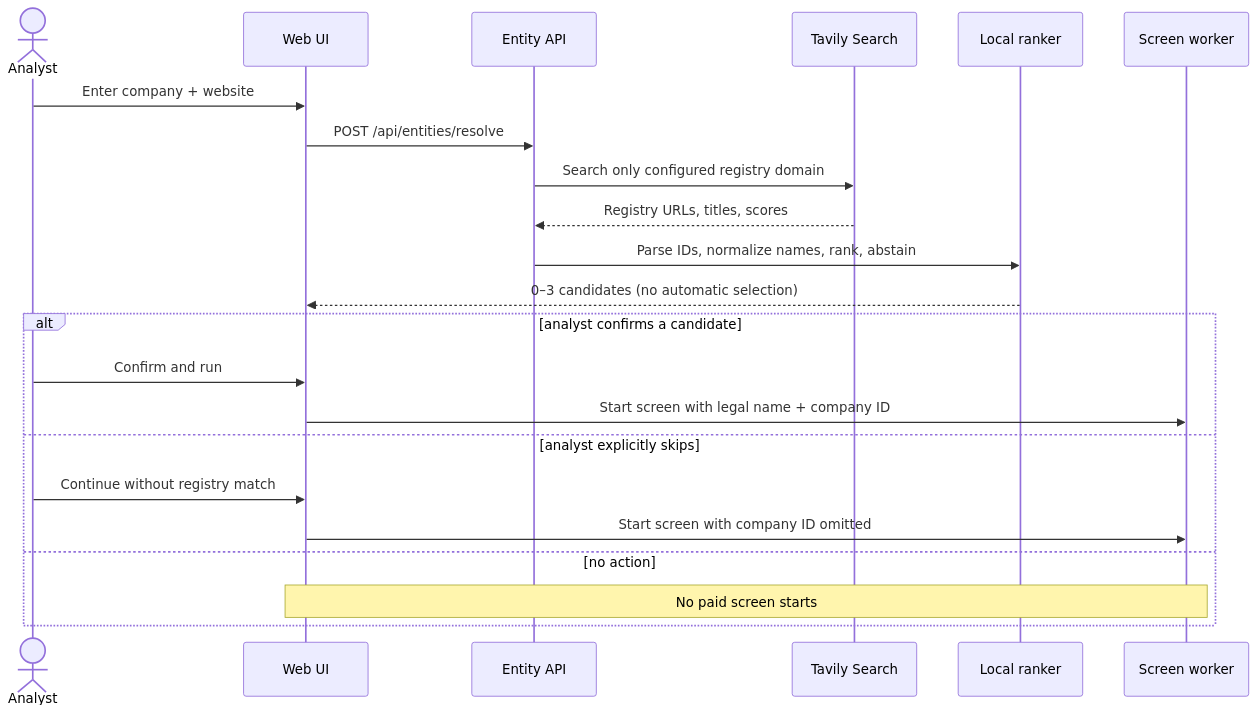
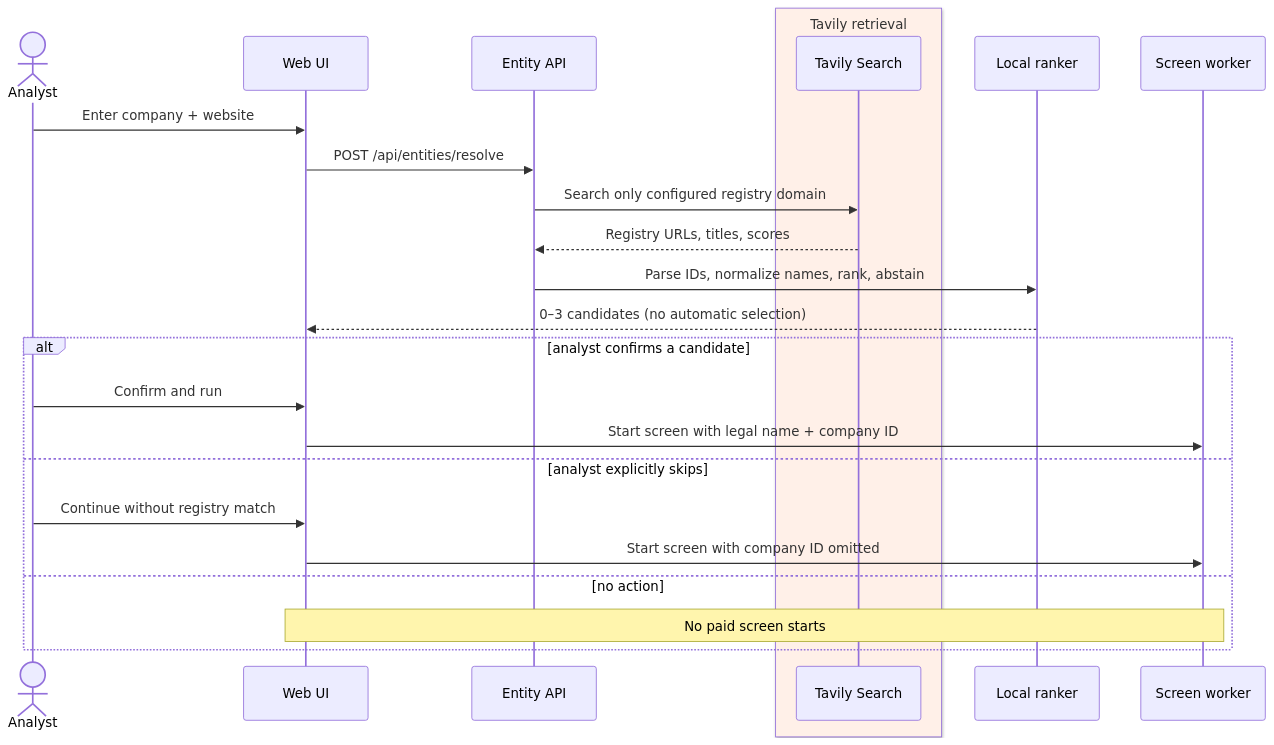
Before and after one commit to 0xtigerclaw/deal_lens: the third of 8 diagrams in docs/ARCHITECTURE.md, drawn with Mermaid. The commit also changed other lines of this file and 12 other files, not shown here.

````diff
--- a/docs/ARCHITECTURE.md
+++ b/docs/ARCHITECTURE.md
@@ -82,25 +90,27 @@
 ```mermaid
 sequenceDiagram
     actor A as Analyst
     participant UI as Web UI
     participant API as Entity API
+    box rgb(255, 240, 232) Tavily retrieval
     participant T as Tavily Search
+    end
     participant R as Local ranker
     participant W as Screen worker
 
     A->>UI: Enter company + website
     UI->>API: POST /api/entities/resolve
     API->>T: Search only configured registry domain
     T-->>API: Registry URLs, titles, scores
     API->>R: Parse IDs, normalize names, rank, abstain
     R-->>UI: 0–3 candidates (no automatic selection)
     alt analyst confirms a candidate
         A->>UI: Confirm and run
         UI->>W: Start screen with legal name + company ID
     else analyst explicitly skips
         A->>UI: Continue without registry match
         UI->>W: Start screen with company ID omitted
     else no action
         Note over UI,W: No paid screen starts
     end
 ```
````
